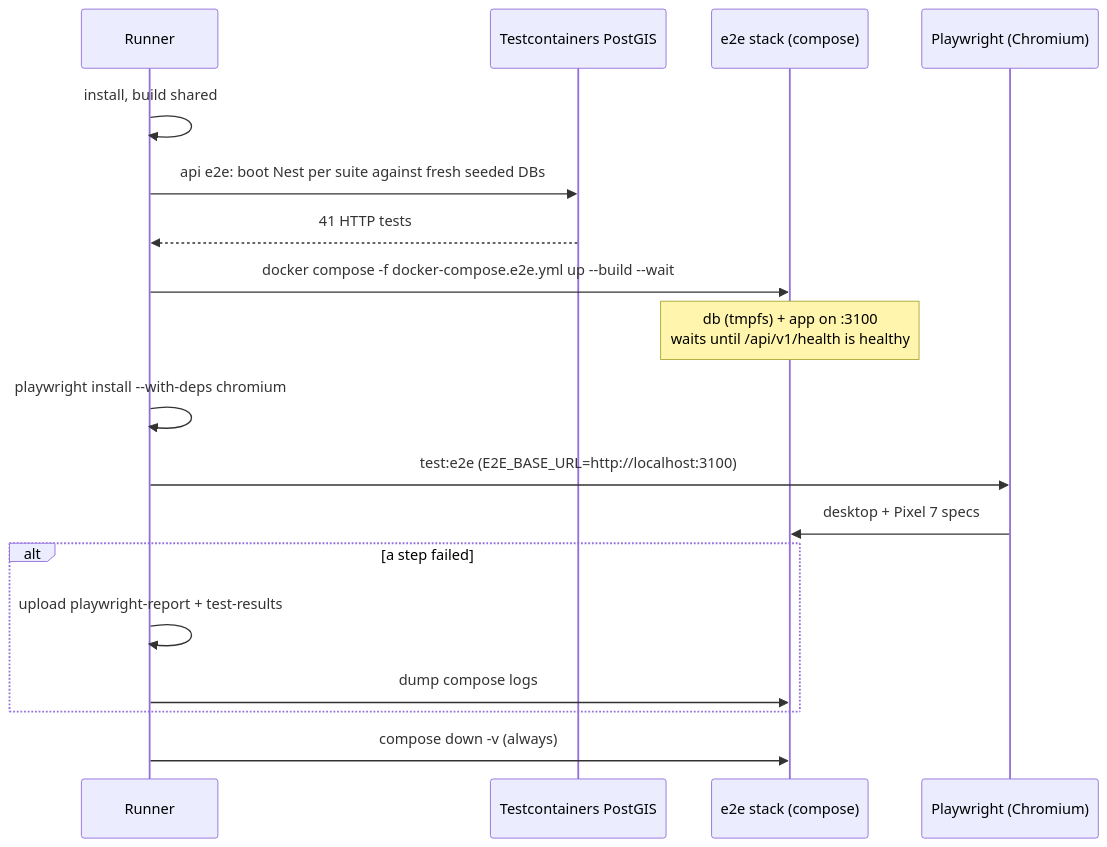
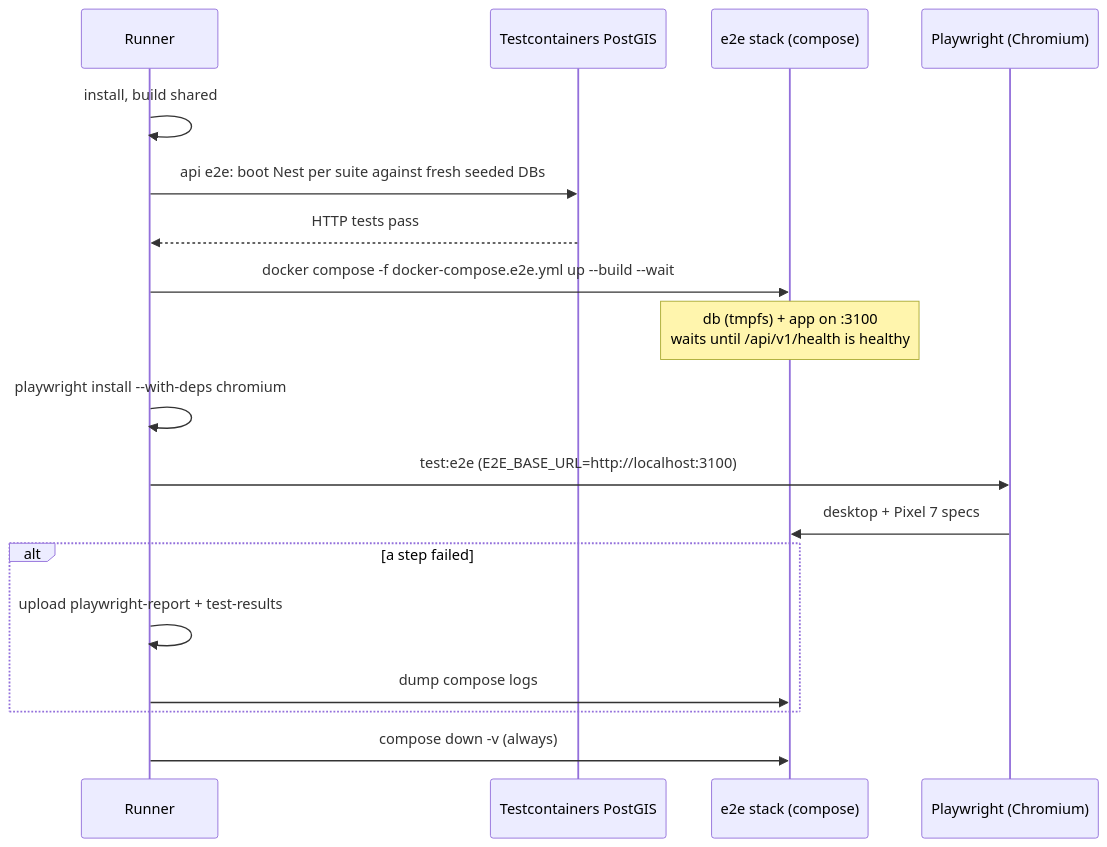
One commit to jvswatson/location-search changed the third of 4 diagrams in docs/CI.md. Above: the diagram before and after it, drawn with Mermaid. The commit also changed 4 other files, not shown here.

````diff
--- a/docs/CI.md
+++ b/docs/CI.md
@@ -67,21 +67,21 @@
 ```mermaid
 sequenceDiagram
   participant R as Runner
   participant TC as Testcontainers PostGIS
   participant S as e2e stack (compose)
   participant PW as Playwright (Chromium)
 
   R->>R: install, build shared
   R->>TC: api e2e: boot Nest per suite against fresh seeded DBs
-  TC-->>R: 41 HTTP tests
+  TC-->>R: HTTP tests pass
   R->>S: docker compose -f docker-compose.e2e.yml up --build --wait
   Note over S: db (tmpfs) + app on :3100<br/>waits until /api/v1/health is healthy
   R->>R: playwright install --with-deps chromium
   R->>PW: test:e2e (E2E_BASE_URL=http://localhost:3100)
   PW->>S: desktop + Pixel 7 specs
   alt a step failed
     R->>R: upload playwright-report + test-results
     R->>S: dump compose logs
   end
   R->>S: compose down -v (always)
 ```
````
